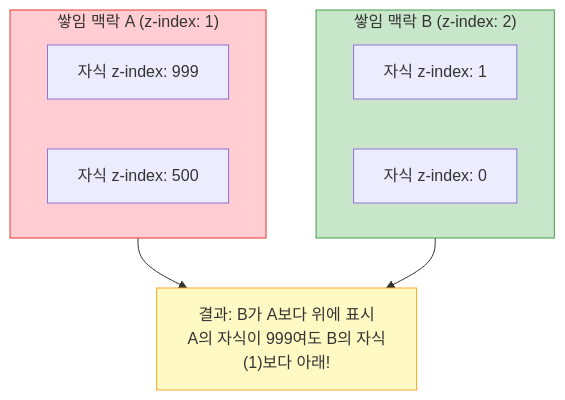
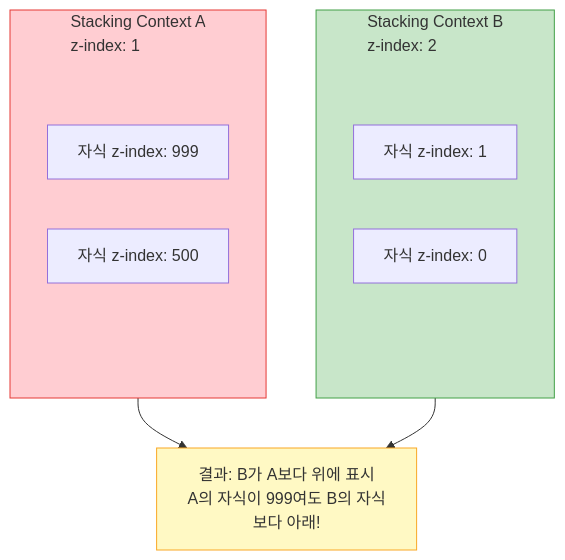
One commit to Novel-OxO/blog changed the eighth of 8 diagrams in content/posts/css-3/index.mdx. Above: the diagram before and after it, drawn with Mermaid. The commit also changed other lines of this file and 4 other files, not shown here.

````diff
--- a/content/posts/css-3/index.mdx
+++ b/content/posts/css-3/index.mdx
@@ -420,20 +420,28 @@
 ```mermaid
 flowchart TB
-  subgraph ctxA["쌓임 맥락 A (z-index: 1)"]
+  subgraph ctxA["Stacking Context A<br/>z-index: 1"]
+    A0[" "]
     A1["자식 z-index: 999"]
     A2["자식 z-index: 500"]
+    A3[" "]
   end
 
-  subgraph ctxB["쌓임 맥락 B (z-index: 2)"]
+  subgraph ctxB["Stacking Context B<br/>z-index: 2"]
+    B0[" "]
     B1["자식 z-index: 1"]
     B2["자식 z-index: 0"]
+    B3[" "]
   end
 
-  result["결과: B가 A보다 위에 표시<br/>A의 자식이 999여도 B의 자식(1)보다 아래!"]
+  result["결과: B가 A보다 위에 표시<br/>A의 자식이 999여도 B의 자식보다 아래!"]
   ctxA --> result
   ctxB --> result
 
   style ctxA fill:#ffcdd2,stroke:#e53935
   style ctxB fill:#c8e6c9,stroke:#43a047
   style result fill:#fff9c4,stroke:#f9a825
+  style A0 fill:none,stroke:none
+  style A3 fill:none,stroke:none
+  style B0 fill:none,stroke:none
+  style B3 fill:none,stroke:none
 ```
````
